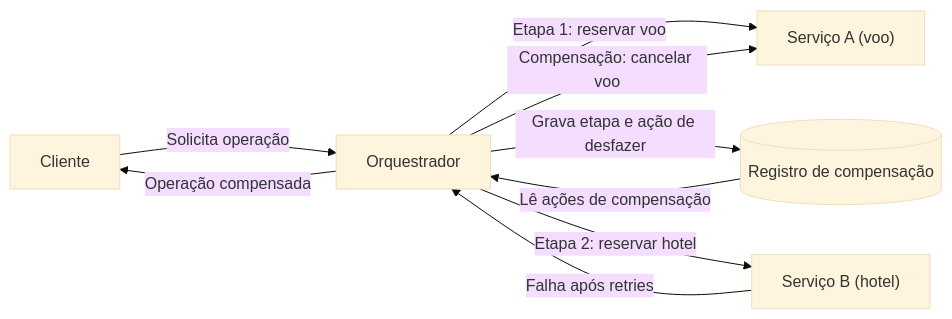
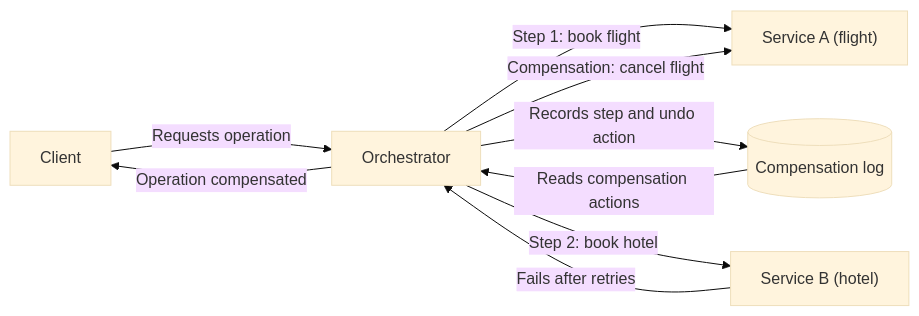
The diagram in docs/cloud/cloud-design-patterns/distributed-coordination/compensating-transaction.md (alancesar/design-patterns), drawn with Mermaid (base theme) before and after one commit. The commit also changed 258 other files, not shown here.

First line of the commit message:
Translate Mermaid diagrams to English

````diff
--- a/docs/cloud/cloud-design-patterns/distributed-coordination/compensating-transaction.md
+++ b/docs/cloud/cloud-design-patterns/distributed-coordination/compensating-transaction.md
@@ -65,11 +65,11 @@
 ```mermaid
 flowchart LR
-    C["Cliente"] -->|"Solicita operação"| O["Orquestrador"]
-    O -->|"Etapa 1: reservar voo"| A["Serviço A (voo)"]
-    O -->|"Grava etapa e ação de desfazer"| L[("Registro de compensação")]
-    O -->|"Etapa 2: reservar hotel"| B["Serviço B (hotel)"]
-    B -->|"Falha após retries"| O
-    L -->|"Lê ações de compensação"| O
-    O -->|"Compensação: cancelar voo"| A
-    O -->|"Operação compensada"| C
+    C["Client"] -->|"Requests operation"| O["Orchestrator"]
+    O -->|"Step 1: book flight"| A["Service A (flight)"]
+    O -->|"Records step and undo action"| L[("Compensation log")]
+    O -->|"Step 2: book hotel"| B["Service B (hotel)"]
+    B -->|"Fails after retries"| O
+    L -->|"Reads compensation actions"| O
+    O -->|"Compensation: cancel flight"| A
+    O -->|"Operation compensated"| C
 ```
````
